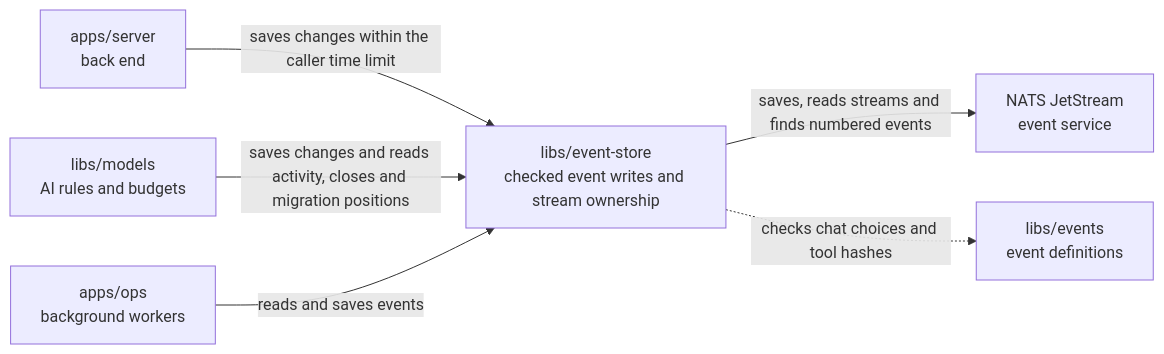
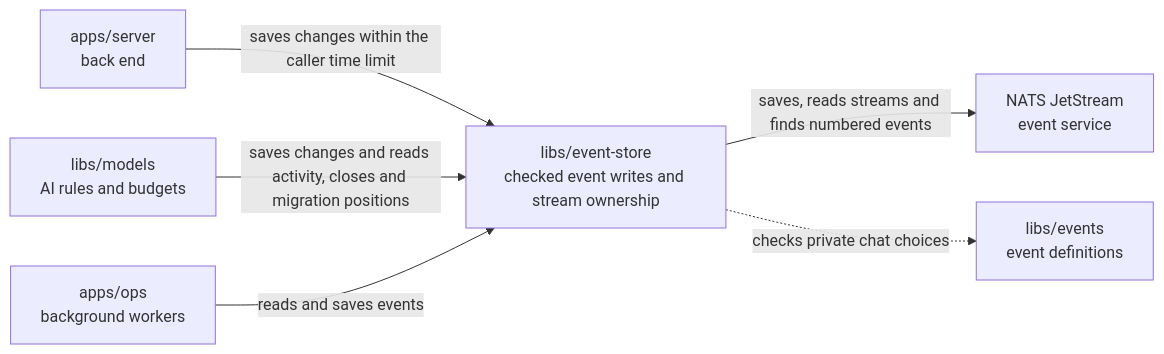
Before and after one commit to elewa-git/opencrane-new: the diagram in libs/event-store/README.md, drawn with Mermaid. The commit also changed 7 other files, not shown here.

````diff
--- a/libs/event-store/README.md
+++ b/libs/event-store/README.md
@@ -22,8 +22,8 @@
 ```mermaid
 flowchart LR
   server["apps/server<br/>back end"] -->|saves changes within the caller time limit| store["libs/event-store<br/>checked event writes and stream ownership"]
   models["libs/models<br/>AI rules and budgets"] -->|saves changes and reads activity, closes and migration positions| store
   ops["apps/ops<br/>background workers"] -->|reads and saves events| store
   store -->|saves, reads streams and finds numbered events| nats["NATS JetStream<br/>event service"]
-  store -.->|checks chat choices and tool hashes| events["libs/events<br/>event definitions"]
+  store -.->|checks private chat choices| events["libs/events<br/>event definitions"]
 ```
````
